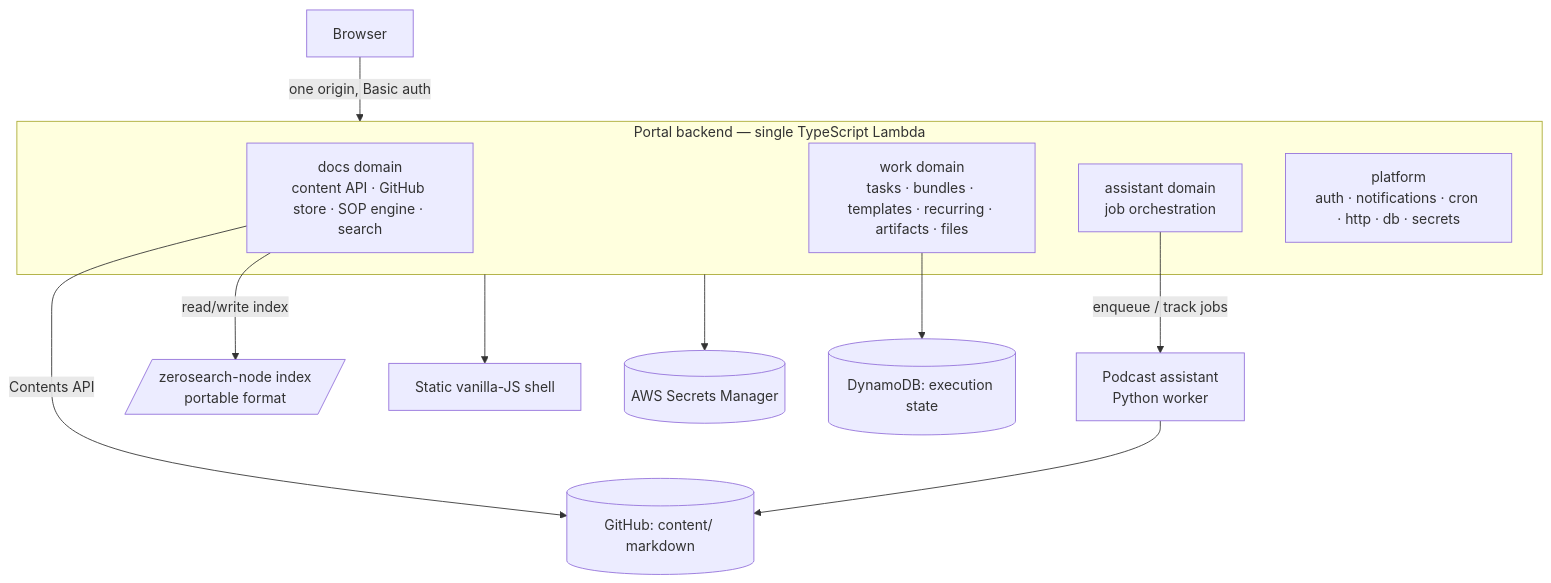
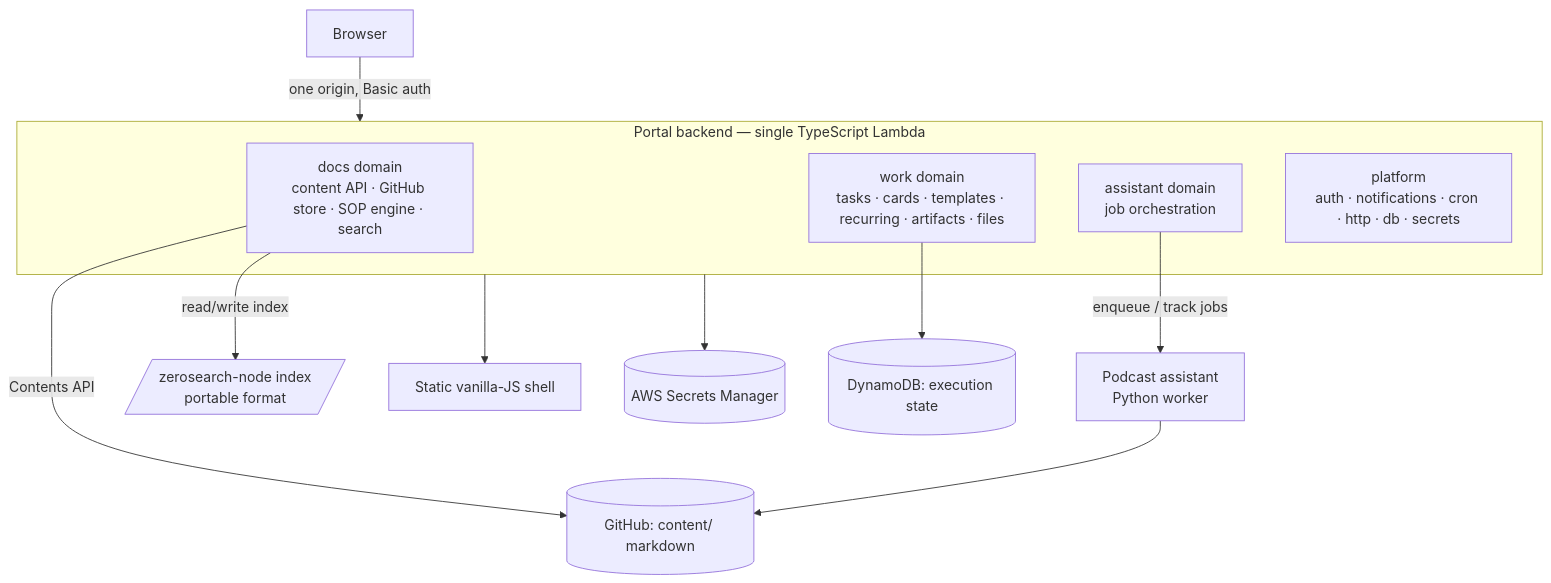
One commit to DataTalksClub/dataops changed the diagram in _docs/TARGET_ARCHITECTURE.md. Above: the diagram before and after it, drawn with Mermaid. The commit also changed other lines of this file and 27 other files, not shown here.

First line of the commit message:
Rename the workflow bundle domain to cards (docs and content)

````diff
--- a/_docs/TARGET_ARCHITECTURE.md
+++ b/_docs/TARGET_ARCHITECTURE.md
@@ -56,19 +56,19 @@
 ```mermaid
 flowchart TB
   Browser[Browser] -->|one origin, Basic auth| Backend
 
   subgraph Backend[Portal backend — single TypeScript Lambda]
     Docs[docs domain<br/>content API · GitHub store · SOP engine · search]
-    Work[work domain<br/>tasks · bundles · templates · recurring · artifacts · files]
+    Work[work domain<br/>tasks · cards · templates · recurring · artifacts · files]
     Asst[assistant domain<br/>job orchestration]
     Plat[platform<br/>auth · notifications · cron · http · db · secrets]
   end
 
   Backend --> Frontend[Static vanilla-JS shell]
   Docs -->|Contents API| GitHub[(GitHub: content/ markdown)]
   Docs -->|read/write index| Index[/zerosearch-node index<br/>portable format/]
   Work --> Dynamo[(DynamoDB: execution state)]
   Asst -->|enqueue / track jobs| Podcast[Podcast assistant<br/>Python worker]
   Podcast --> GitHub
   Backend --> Secrets[(AWS Secrets Manager)]
 ```
````
